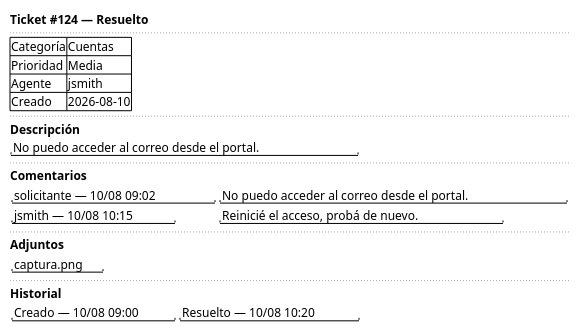
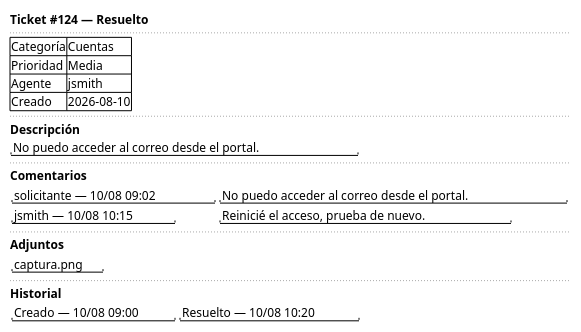
Before and after one commit to Dievex/01-HelpDesk: the diagram in puml/02-fase-elaboracion/especificacion-casos-uso/tickets/UC04-ver-ticket-wireframe.puml, drawn with PlantUML. The commit also changed 7 other files, not shown here.

```diff
--- a/puml/02-fase-elaboracion/especificacion-casos-uso/tickets/UC04-ver-ticket-wireframe.puml
+++ b/puml/02-fase-elaboracion/especificacion-casos-uso/tickets/UC04-ver-ticket-wireframe.puml
@@ -1,27 +1,27 @@
 @startsalt UC04-ver-ticket-wireframe
 {
   <b>Ticket #124 — Resuelto
   ..
   {#
     Categoría | Cuentas
     Prioridad | Media
     Agente    | jsmith
     Creado    | 2026-08-10
   }
   ..
   <b>Descripción
   "No puedo acceder al correo desde el portal."
   ..
   <b>Comentarios
   {
     "solicitante — 10/08 09:02" | "No puedo acceder al correo desde el portal."
-    "jsmith — 10/08 10:15"      | "Reinicié el acceso, probá de nuevo."
+    "jsmith — 10/08 10:15"      | "Reinicié el acceso, prueba de nuevo."
   }
   ..
   <b>Adjuntos
   { "captura.png" }
   ..
   <b>Historial
   { "Creado — 10/08 09:00" | "Resuelto — 10/08 10:20" }
 }
 @endsalt
```
